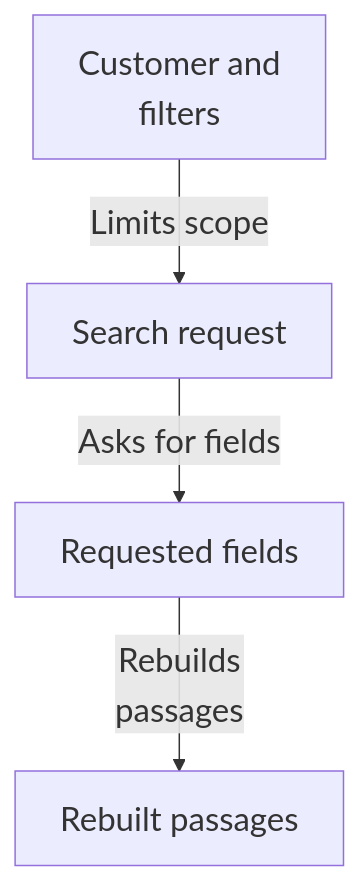
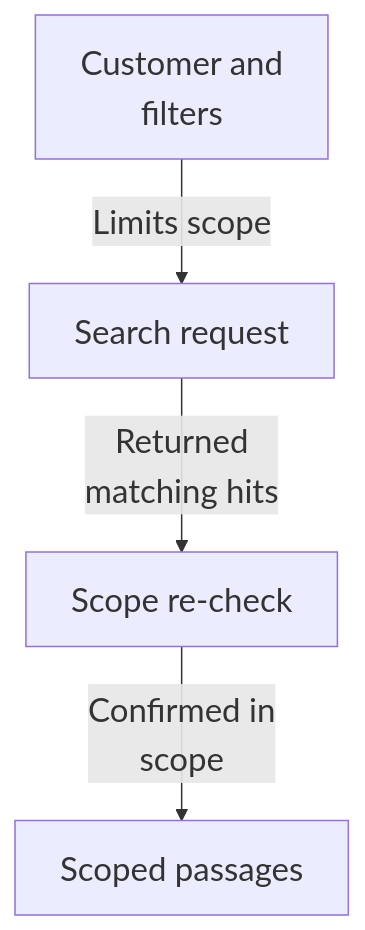
One commit to Justin-Mendoza/Afterclass changed the second of 4 diagrams in maps/retrieval/README.md. Above: the diagram before and after it, drawn with Mermaid. The commit also changed other lines of this file and 85 other files, not shown here.

````diff
--- a/maps/retrieval/README.md
+++ b/maps/retrieval/README.md
@@ -62,11 +64,11 @@
 ```mermaid
 %%{init: {"themeVariables": {"fontSize": "22px"}}}%%
 flowchart TD
   n0["Customer and<br/>filters"]
   n1["Search request"]
-  n2["Requested fields"]
-  n3["Rebuilt passages"]
+  n2["Scope re-check"]
+  n3["Scoped passages"]
   n0 -->|"Limits scope"| n1
-  n1 -->|"Asks for fields"| n2
-  n2 -->|"Rebuilds<br/>passages"| n3
+  n1 -->|"Returned<br/>matching hits"| n2
+  n2 -->|"Confirmed in<br/>scope"| n3
 ```
````
